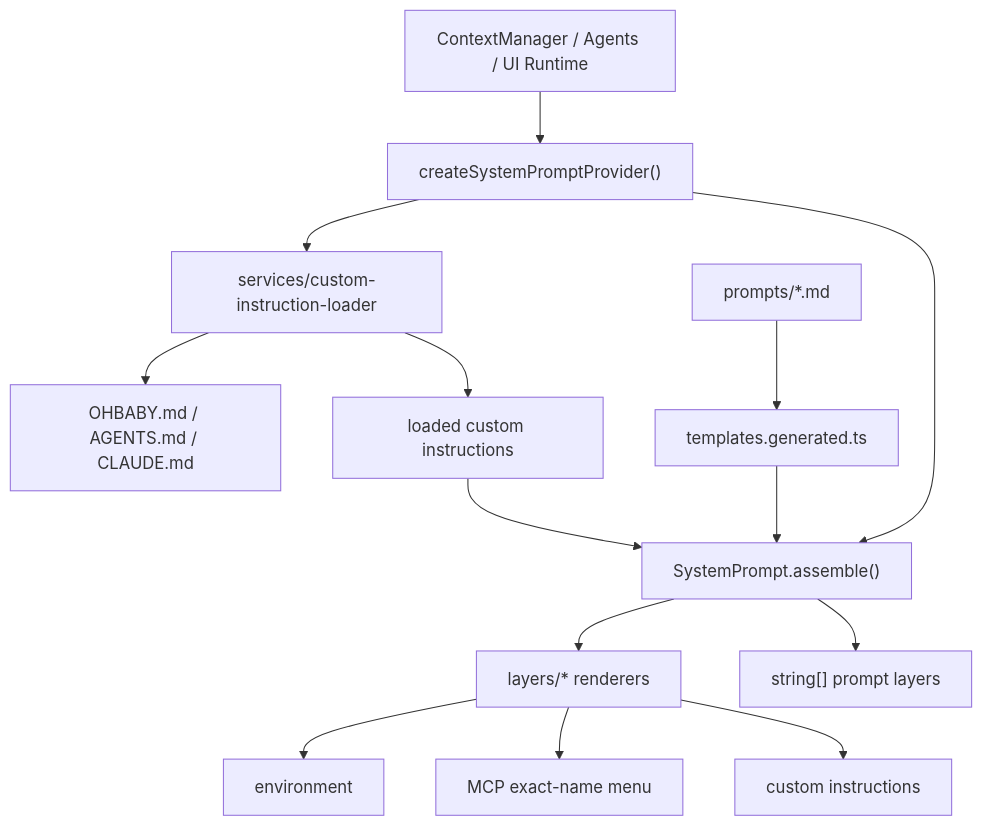
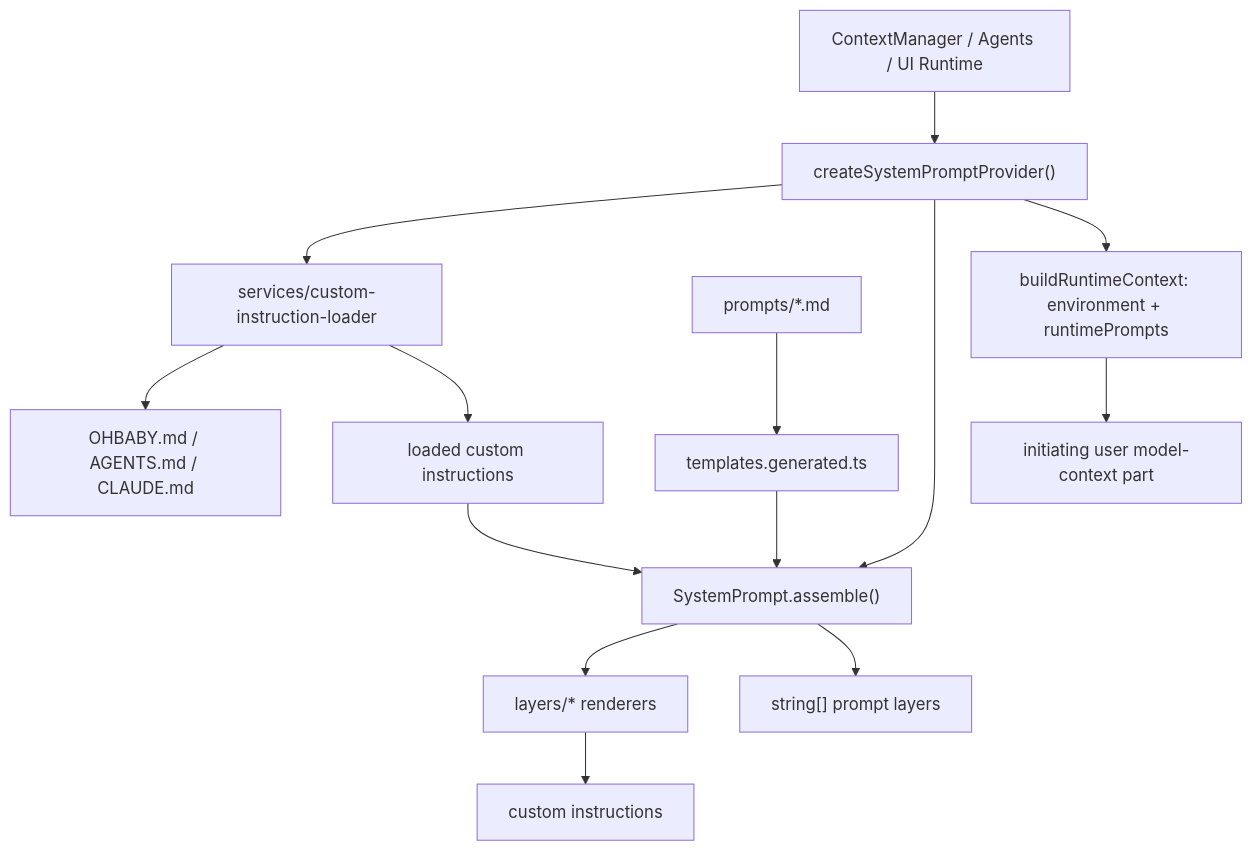
Before and after one commit to diverHansun/ohbaby-agent: the diagram in docs/core/system-prompt/architecture.md, drawn with Mermaid. The commit also changed other lines of this file and 26 other files, not shown here.

````diff
--- a/docs/core/system-prompt/architecture.md
+++ b/docs/core/system-prompt/architecture.md
@@ -11,16 +11,16 @@
 ```mermaid
 flowchart TD
   caller["ContextManager / Agents / UI Runtime"] --> provider["createSystemPromptProvider()"]
   provider --> loader["services/custom-instruction-loader"]
   loader --> files["OHBABY.md / AGENTS.md / CLAUDE.md"]
   loader --> customData["loaded custom instructions"]
   provider --> assembler["SystemPrompt.assemble()"]
   customData --> assembler
   prompts["prompts/*.md"] --> generated["templates.generated.ts"]
   generated --> assembler
   assembler --> layers["layers/* renderers"]
-  layers --> env["environment"]
-  layers --> mcpTools["MCP exact-name menu"]
+  provider --> runtime["buildRuntimeContext: environment + runtimePrompts"]
+  runtime --> initiating["initiating user model-context part"]
   layers --> custom["custom instructions"]
   assembler --> output["string[] prompt layers"]
 ```
````
